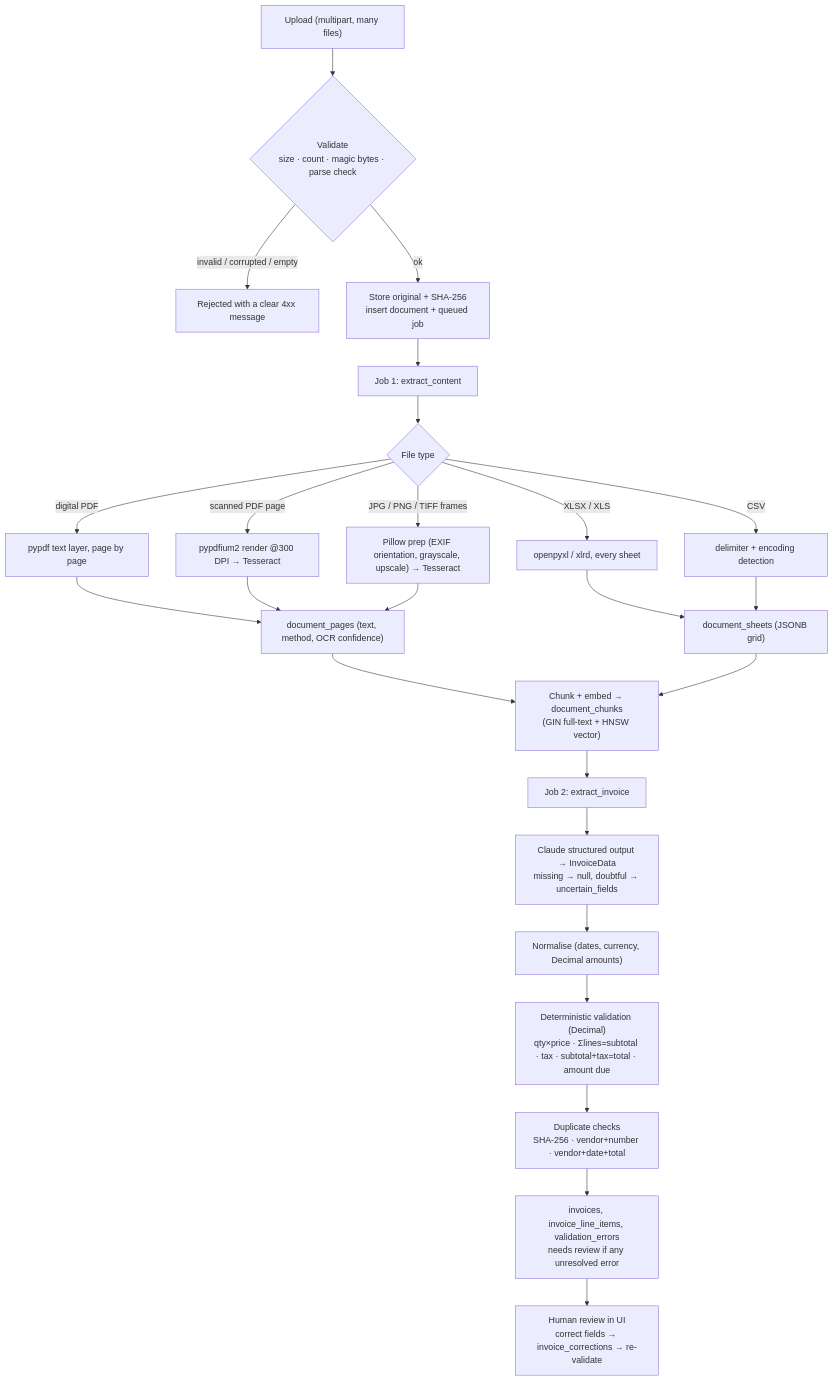
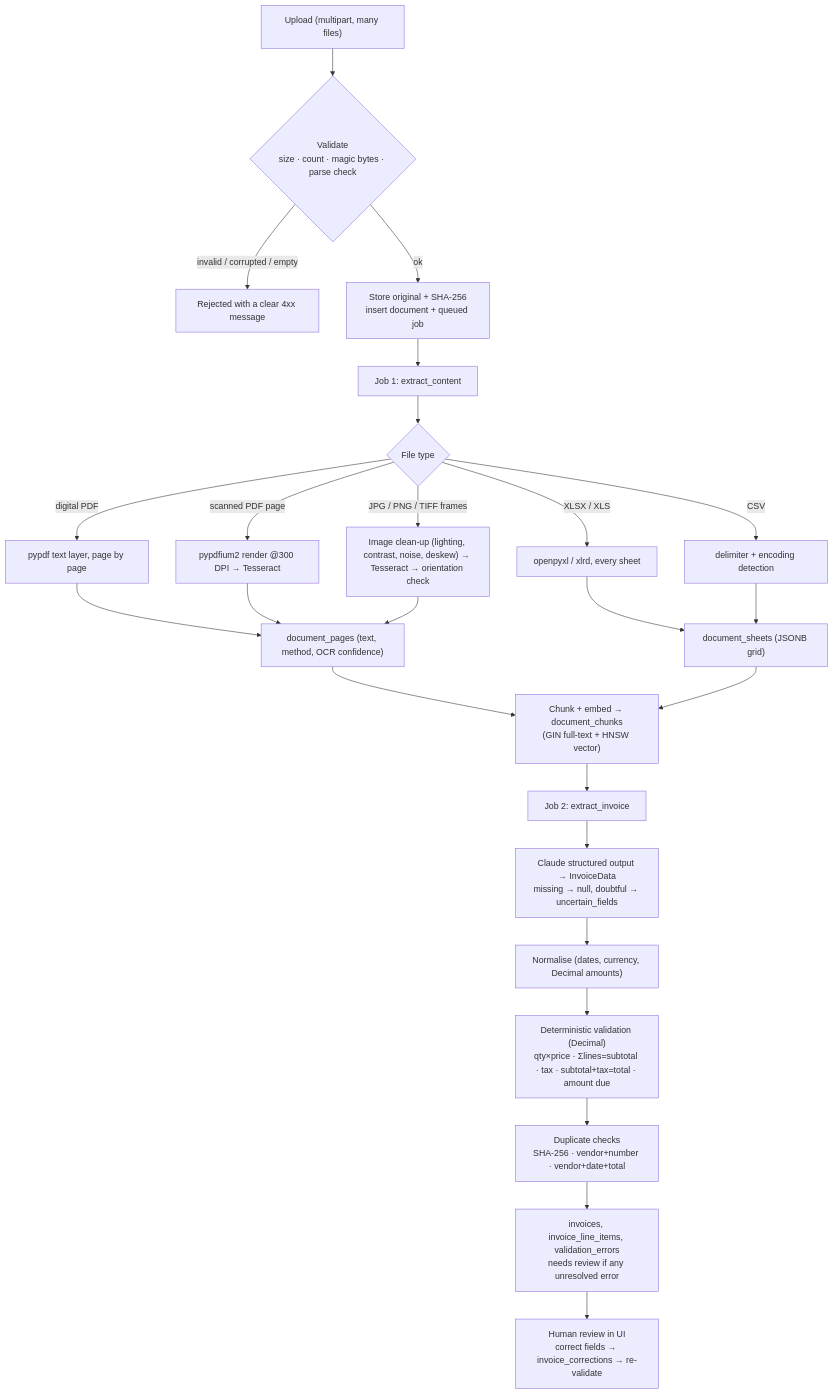
The second of 2 diagrams in backend/docs/architecture.md (diptu/docIS), drawn with Mermaid before and after one commit. The commit also changed 11 other files, not shown here.

````diff
--- a/backend/docs/architecture.md
+++ b/backend/docs/architecture.md
@@ -62,27 +62,27 @@
 ```mermaid
 flowchart TD
     U["Upload (multipart, many files)"] --> V{"Validate<br/>size · count · magic bytes · parse check"}
     V -- "invalid / corrupted / empty" --> X["Rejected with a clear 4xx message"]
     V -- ok --> S["Store original + SHA-256<br/>insert document + queued job"]
     S --> J1["Job 1: extract_content"]
 
     J1 --> T{"File type"}
     T -- "digital PDF" --> P1["pypdf text layer, page by page"]
     T -- "scanned PDF page" --> P2["pypdfium2 render @300 DPI → Tesseract"]
-    T -- "JPG / PNG / TIFF frames" --> P3["Pillow prep (EXIF orientation, grayscale, upscale) → Tesseract"]
+    T -- "JPG / PNG / TIFF frames" --> P3["Image clean-up (lighting, contrast, noise, deskew) → Tesseract → orientation check"]
     T -- "XLSX / XLS" --> P4["openpyxl / xlrd, every sheet"]
     T -- "CSV" --> P5["delimiter + encoding detection"]
 
     P1 & P2 & P3 --> PG["document_pages (text, method, OCR confidence)"]
     P4 & P5 --> SH["document_sheets (JSONB grid)"]
     PG & SH --> CH["Chunk + embed → document_chunks<br/>(GIN full-text + HNSW vector)"]
     CH --> J2["Job 2: extract_invoice"]
 
     J2 --> L["Claude structured output → InvoiceData<br/>missing → null, doubtful → uncertain_fields"]
     L --> N["Normalise (dates, currency, Decimal amounts)"]
     N --> VAL["Deterministic validation (Decimal)<br/>qty×price · Σlines=subtotal · tax · subtotal+tax=total · amount due"]
     VAL --> DUP["Duplicate checks<br/>SHA-256 · vendor+number · vendor+date+total"]
     DUP --> RV["invoices, invoice_line_items, validation_errors<br/>needs review if any unresolved error"]
 
     RV --> H["Human review in UI<br/>correct fields → invoice_corrections → re-validate"]
 ```
````
